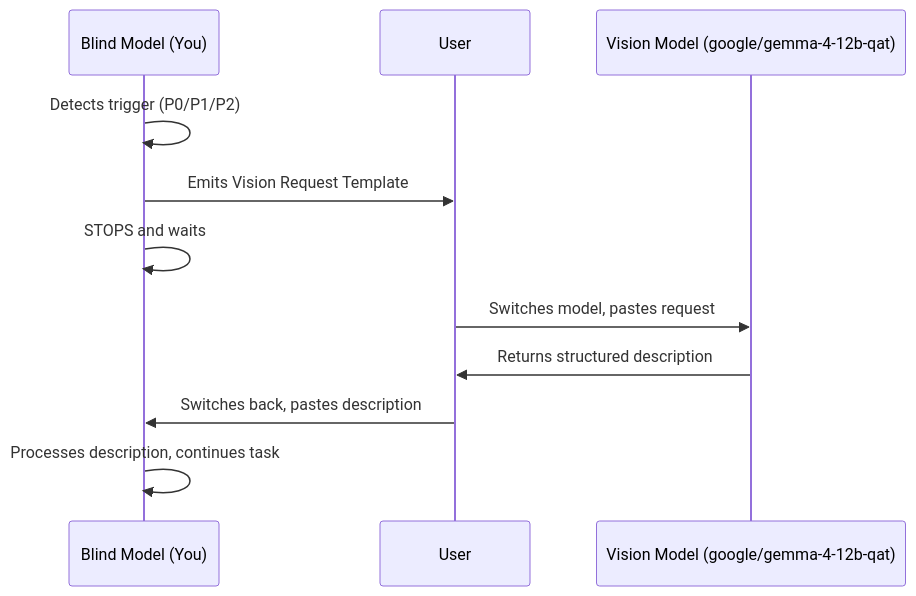
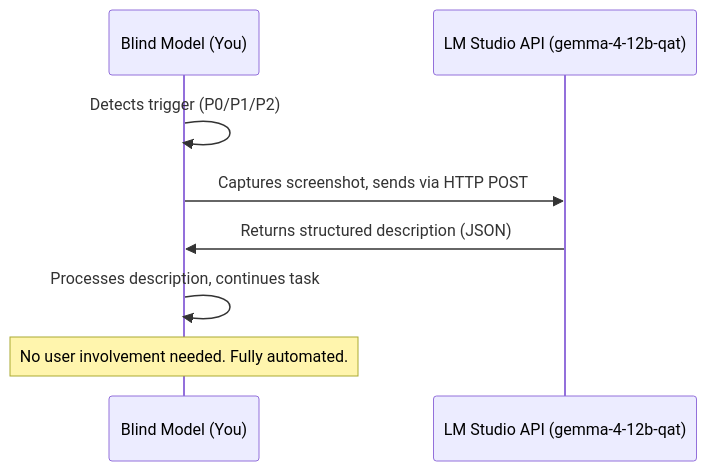
The diagram in deploy/.agents/instructions/vision-bridge/SKILL.md (jtmb/ingenium), drawn with Mermaid before and after one commit. The commit also changed other lines of this file and 4 other files, not shown here.

First line of the commit message:
feat: vision-bridge fully automated - LM Studio API direct call + E2E test

````diff
--- a/deploy/.agents/instructions/vision-bridge/SKILL.md
+++ b/deploy/.agents/instructions/vision-bridge/SKILL.md
@@ -71,14 +124,11 @@
 ```mermaid
 sequenceDiagram
     participant B as Blind Model (You)
-    participant U as User
-    participant V as Vision Model (google/gemma-4-12b-qat)
+    participant API as LM Studio API (gemma-4-12b-qat)
 
     B->>B: Detects trigger (P0/P1/P2)
-    B->>U: Emits Vision Request Template
-    B->>B: STOPS and waits
-    U->>V: Switches model, pastes request
-    V->>U: Returns structured description
-    U->>B: Switches back, pastes description
+    B->>API: Captures screenshot, sends via HTTP POST
+    API->>B: Returns structured description (JSON)
     B->>B: Processes description, continues task
+    Note over B: No user involvement needed. Fully automated.
 ```
````
